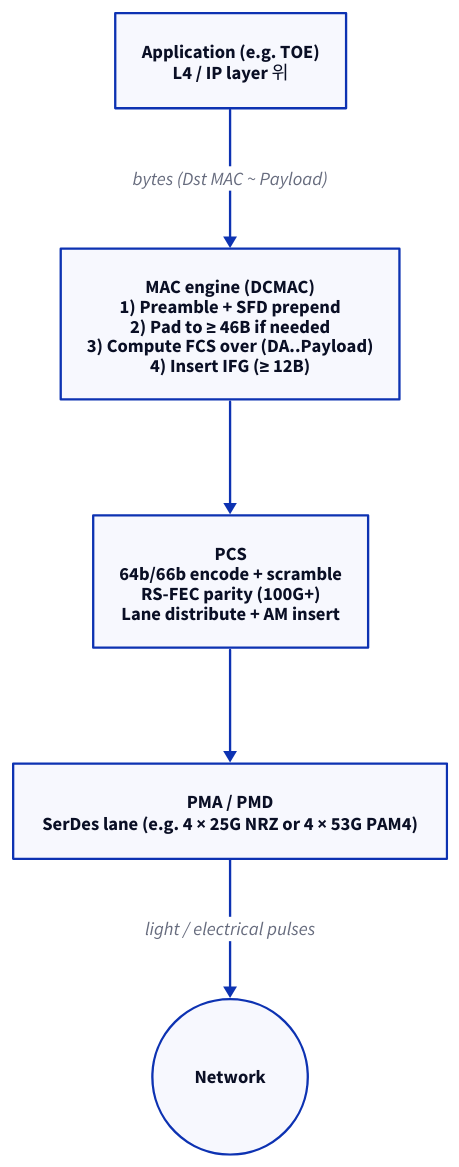
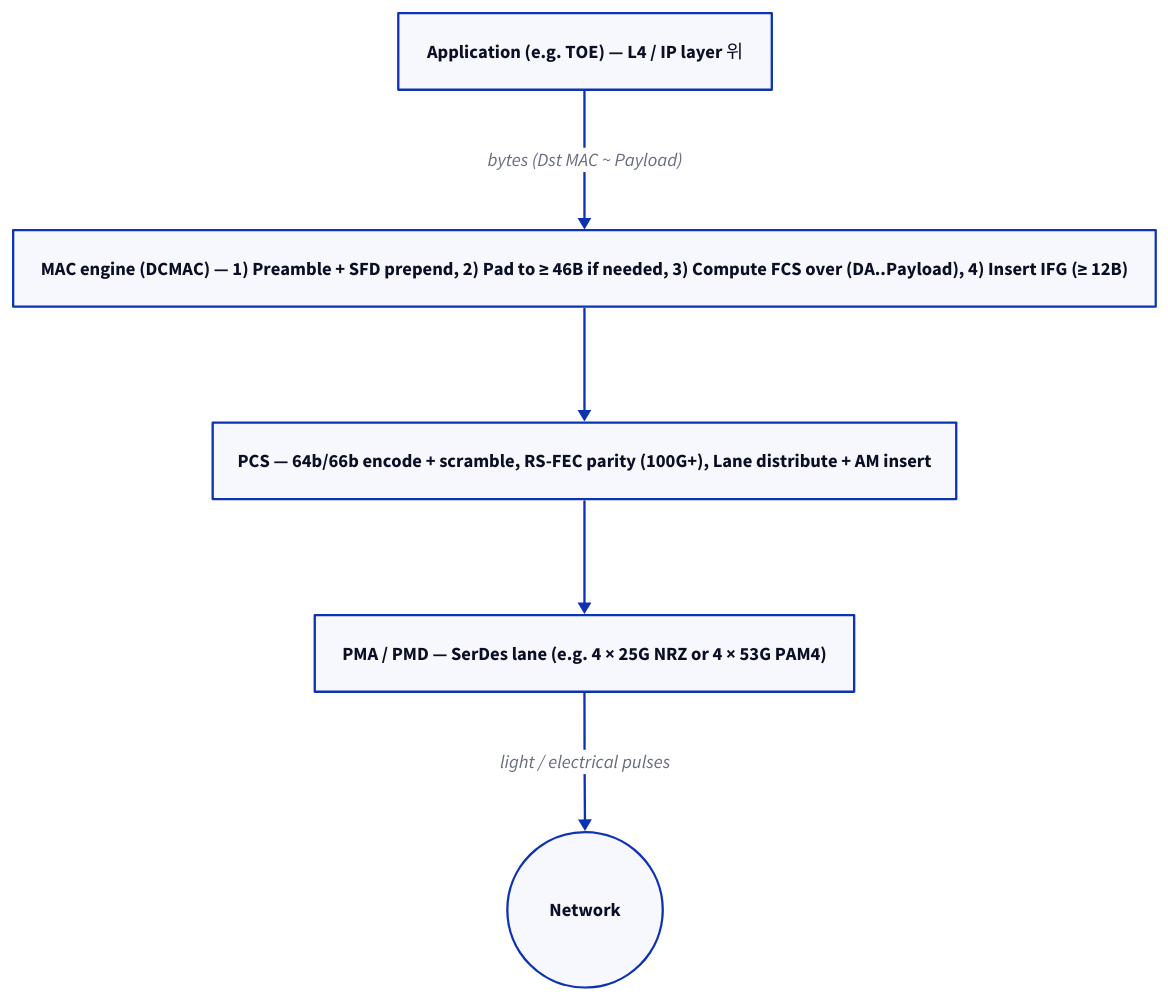
One commit to humbleowl39/DV_SKOOL changed the first of 4 diagrams in topics/ethernet_dcmac/docs/01_ethernet_fundamentals.md. Above: the diagram before and after it, drawn with D2. The commit also changed other lines of this file and 90 other files, not shown here.

First line of the commit message:
docs: 전 토픽 다이어그램 정비 — ASCII→D2, mermaid→D2, 과대 D2 가시성 수정

````diff
--- a/topics/ethernet_dcmac/docs/01_ethernet_fundamentals.md
+++ b/topics/ethernet_dcmac/docs/01_ethernet_fundamentals.md
@@ -71,13 +71,13 @@
 ```d2
 direction: down
 
-APP: "Application (e.g. TOE)\nL4 / IP layer 위"
-MAC: "MAC engine (DCMAC)\n1) Preamble + SFD prepend\n2) Pad to ≥ 46B if needed\n3) Compute FCS over (DA..Payload)\n4) Insert IFG (≥ 12B)"
-PCS: "PCS\n64b/66b encode + scramble\nRS-FEC parity (100G+)\nLane distribute + AM insert"
-PMD: "PMA / PMD\nSerDes lane (e.g. 4 × 25G NRZ or 4 × 53G PAM4)"
+APP: "Application (e.g. TOE) — L4 / IP layer 위"
+MAC: "MAC engine (DCMAC) — 1) Preamble + SFD prepend, 2) Pad to ≥ 46B if needed, 3) Compute FCS over (DA..Payload), 4) Insert IFG (≥ 12B)"
+PCS: "PCS — 64b/66b encode + scramble, RS-FEC parity (100G+), Lane distribute + AM insert"
+PMD: "PMA / PMD — SerDes lane (e.g. 4 × 25G NRZ or 4 × 53G PAM4)"
 NET: "Network" { shape: circle }
 APP -> MAC: "bytes (Dst MAC ~ Payload)"
 MAC -> PCS
 PCS -> PMD
 PMD -> NET: "light / electrical pulses"
 ```
````
